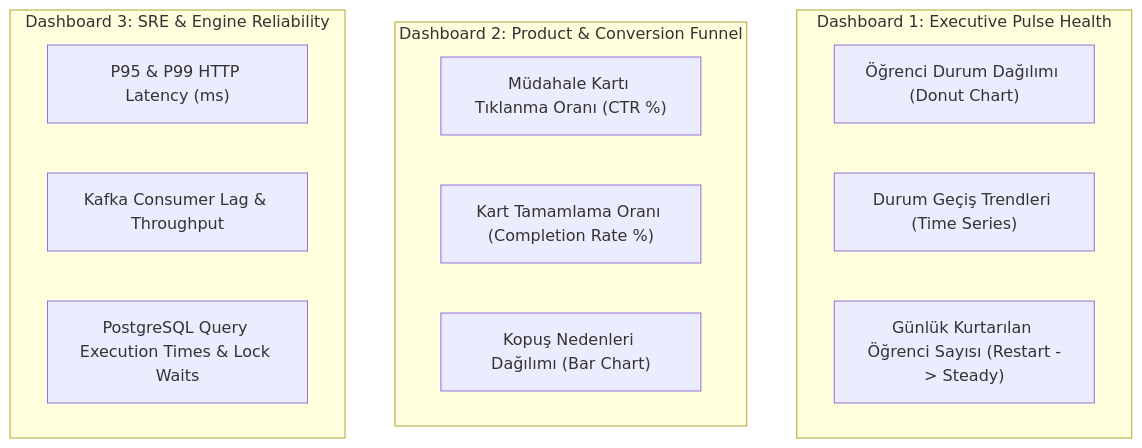
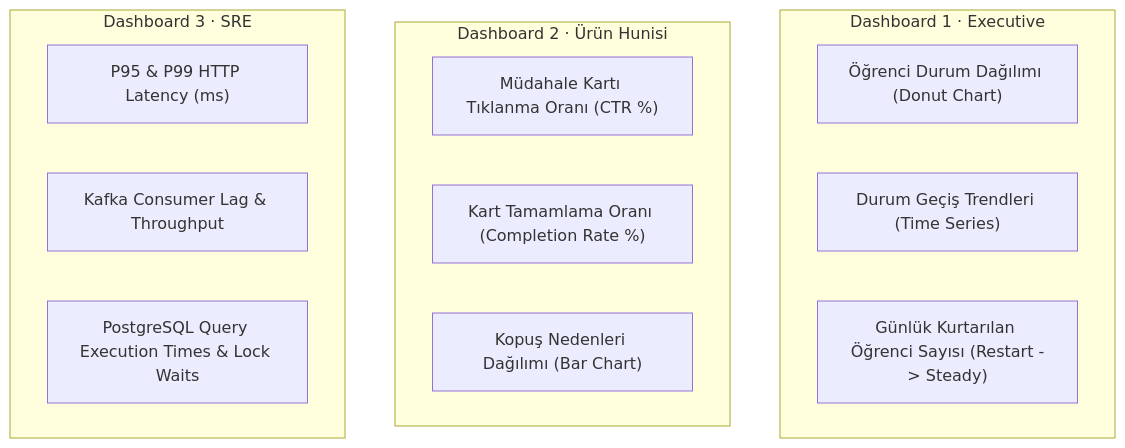
One commit to Losdreyfedus/doping-pulse changed the diagram in docs/monitoring-alerting-and-slas.md. Above: the diagram before and after it, drawn with Mermaid. The commit also changed 3 other files, not shown here.

First line of the commit message:
docs(pulse): fix truncated mermaid labels

````diff
--- a/docs/monitoring-alerting-and-slas.md
+++ b/docs/monitoring-alerting-and-slas.md
@@ -77,20 +77,20 @@
 ```mermaid
 graph TD
-    subgraph Dashboard 1: Executive Pulse Health
+    subgraph D1 ["Dashboard 1 · Executive"]
         D1A["Öğrenci Durum Dağılımı (Donut Chart)"]
         D1B["Durum Geçiş Trendleri (Time Series)"]
         D1C["Günlük Kurtarılan Öğrenci Sayısı (Restart -> Steady)"]
     end
 
-    subgraph Dashboard 2: Product & Conversion Funnel
+    subgraph D2 ["Dashboard 2 · Ürün Hunisi"]
         D2A["Müdahale Kartı Tıklanma Oranı (CTR %)"]
         D2B["Kart Tamamlama Oranı (Completion Rate %)"]
         D2C["Kopuş Nedenleri Dağılımı (Bar Chart)"]
     end
 
-    subgraph Dashboard 3: SRE & Engine Reliability
+    subgraph D3 ["Dashboard 3 · SRE"]
         D3A["P95 & P99 HTTP Latency (ms)"]
         D3B["Kafka Consumer Lag & Throughput"]
         D3C["PostgreSQL Query Execution Times & Lock Waits"]
     end
 ```
````
